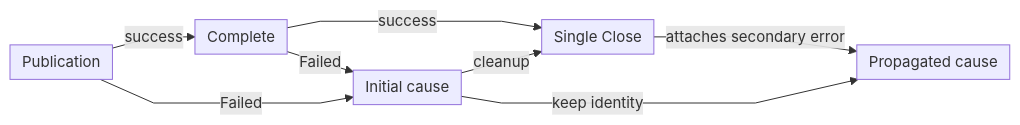
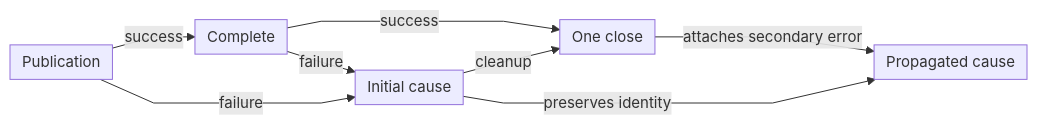
Before and after one commit to crististefanita/atf_j0: the third of 18 diagrams in atf-reporting/README.md, drawn with Mermaid. The commit also changed other lines of this file and 13 other files, not shown here.

````diff
--- a/atf-reporting/README.md
+++ b/atf-reporting/README.md
@@ -384,11 +381,11 @@
 ```mermaid
 %%{init: {"themeVariables":{"fontSize":"15px"},"themeCSS":".nodeLabel, .nodeLabel p { font-size: 15px !important; line-height: 1.35 !important; } .edgeLabel, .edgeLabel p { font-size: 12px !important; font-weight: 400 !important; line-height: 1.2 !important; } .edgeLabel .labelBkg, .edgeLabel p { background: transparent !important; } .edgeLabel foreignObject { transform: translateY(-18px); overflow: visible; } .node rect { rx: 6px; ry: 6px; }","flowchart":{"curve":"linear","nodeSpacing":24,"rankSpacing":24,"padding":6,"diagramPadding":20}}}%%
 flowchart LR
     Body["Publication"] -->|success| Complete["Complete"]
-    Body -->|Failed| Primary["Initial cause"]
-    Complete -->|success| Close["Single Close"]
-    Complete -->|Failed| Primary
+    Body -->|failure| Primary["Initial cause"]
+    Complete -->|success| Close["One close"]
+    Complete -->|failure| Primary
     Primary -->|cleanup| Close
     Close -->|attaches secondary error| Result["Propagated cause"]
-    Primary -->|keep identity| Result
+    Primary -->|preserves identity| Result
 ```
````
